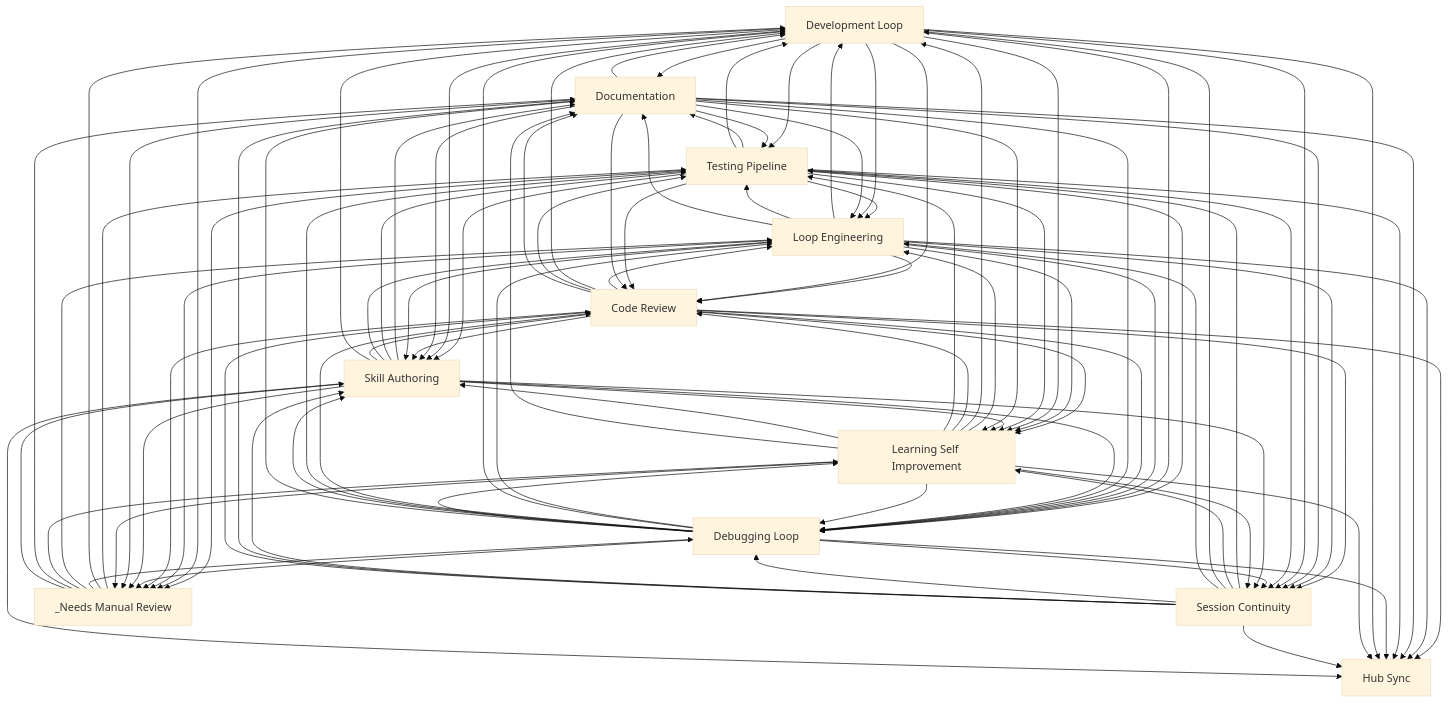
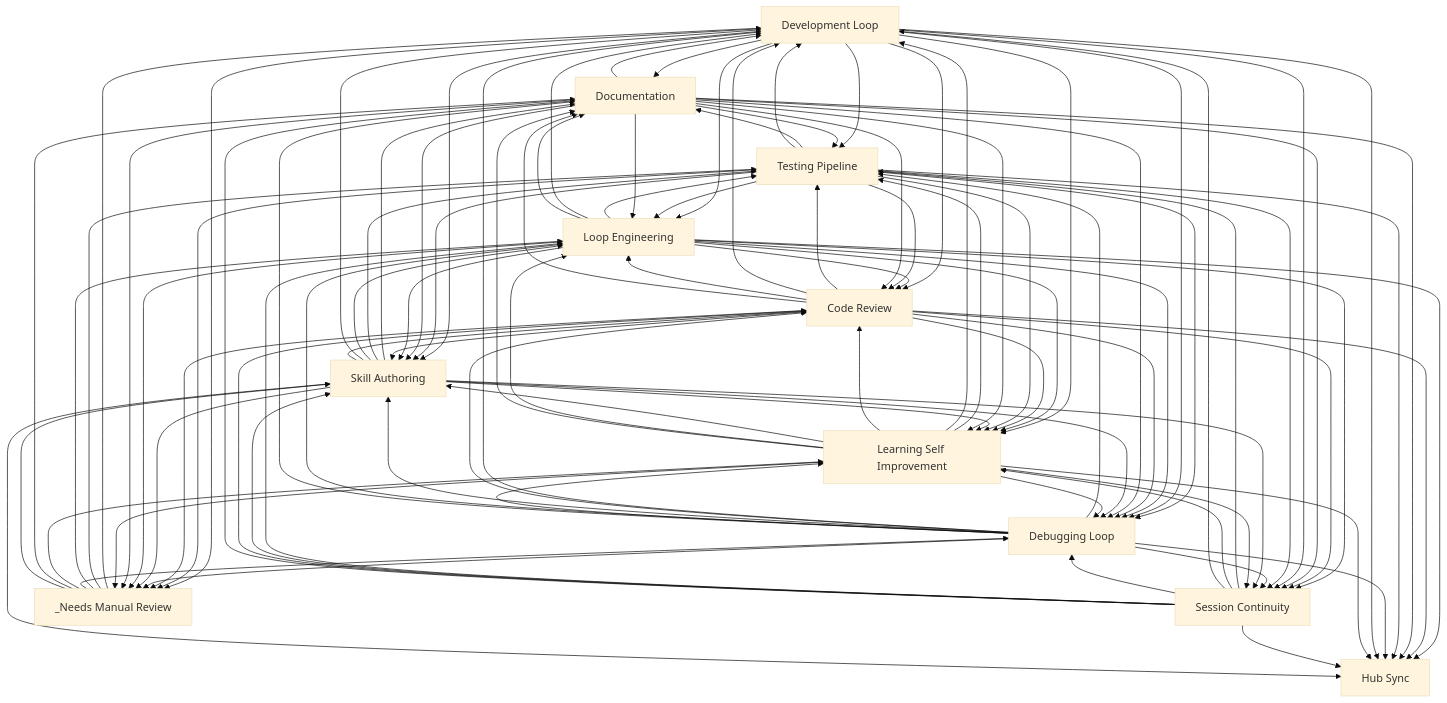
Before and after one commit to abhayla/claude-best-practices: the diagram in docs/workflows/INDEX.md, drawn with Mermaid (base theme). The commit also changed other lines of this file and 24 other files, not shown here.

````diff
--- a/docs/workflows/INDEX.md
+++ b/docs/workflows/INDEX.md
@@ -33,100 +33,100 @@
     documentation[Documentation]
     hub_sync[Hub Sync]
     _needs_manual_review[_Needs Manual Review]
+    development_loop --> documentation
     testing_pipeline --> documentation
-    development_loop --> documentation
     skill_authoring --> documentation
-    testing_pipeline --> loop_engineering
-    testing_pipeline --> skill_authoring
     development_loop --> testing_pipeline
     development_loop --> loop_engineering
     development_loop --> skill_authoring
+    testing_pipeline --> loop_engineering
+    testing_pipeline --> skill_authoring
     documentation --> testing_pipeline
     documentation --> loop_engineering
     documentation --> skill_authoring
     skill_authoring --> testing_pipeline
     skill_authoring --> loop_engineering
-    code_review --> loop_engineering
-    code_review --> development_loop
-    code_review --> testing_pipeline
-    code_review --> skill_authoring
+    development_loop --> code_review
+    loop_engineering --> testing_pipeline
     loop_engineering --> development_loop
     loop_engineering --> code_review
-    loop_engineering --> testing_pipeline
     loop_engineering --> skill_authoring
-    development_loop --> code_review
+    code_review --> testing_pipeline
+    code_review --> development_loop
+    code_review --> skill_authoring
+    code_review --> loop_engineering
+    development_loop --> learning_self_improvement
+    loop_engineering --> learning_self_improvement
     code_review --> learning_self_improvement
-    loop_engineering --> learning_self_improvement
-    development_loop --> learning_self_improvement
     testing_pipeline --> development_loop
+    _needs_manual_review --> development_loop
     _needs_manual_review --> testing_pipeline
-    _needs_manual_review --> development_loop
     testing_pipeline --> debugging_loop
+    _needs_manual_review --> loop_engineering
     _needs_manual_review --> debugging_loop
-    _needs_manual_review --> loop_engineering
     testing_pipeline --> code_review
-    debugging_loop --> loop_engineering
+    debugging_loop --> testing_pipeline
     debugging_loop --> development_loop
     debugging_loop --> code_review
-    debugging_loop --> testing_pipeline
     debugging_loop --> skill_authoring
+    debugging_loop --> loop_engineering
     development_loop --> debugging_loop
     documentation --> development_loop
     loop_engineering --> debugging_loop
     loop_engineering --> documentation
+    skill_authoring --> development_loop
     skill_authoring --> code_review
-    skill_authoring --> development_loop
     testing_pipeline --> learning_self_improvement
     skill_authoring --> learning_self_improvement
+    development_loop --> _needs_manual_review
     testing_pipeline --> _needs_manual_review
-    development_loop --> _needs_manual_review
     code_review --> debugging_loop
     documentation --> code_review
     documentation --> debugging_loop
+    loop_engineering --> hub_sync
+    loop_engineering --> session_continuity
+    code_review --> hub_sync
     code_review --> documentation
     code_review --> session_continuity
-    code_review --> hub_sync
-    loop_engineering --> session_continuity
-    loop_engineering --> hub_sync
-    documentation --> session_continuity
     documentation --> hub_sync
     documentation --> learning_self_improvement
+    documentation --> session_continuity
     development_loop --> session_continuity
     session_continuity --> testing_pipeline
     session_continuity --> learning_self_improvement
     _needs_manual_review --> learning_self_improvement
     testing_pipeline --> session_continuity
+    debugging_loop --> learning_self_improvement
     debugging_loop --> session_continuity
-    debugging_loop --> learning_self_improvement
     testing_pipeline --> hub_sync
+    debugging_loop --> hub_sync
     debugging_loop --> documentation
-    debugging_loop --> hub_sync
     development_loop --> hub_sync
+    session_continuity --> development_loop
     skill_authoring --> session_continuity
-    session_continuity --> development_loop
+    session_continuity --> debugging_loop
+    session_continuity --> loop_engineering
     skill_authoring --> debugging_loop
-    session_continuity --> loop_engineering
-    session_continuity --> debugging_loop
-    learning_self_improvement --> loop_engineering
+    learning_self_improvement --> testing_pipeline
     learning_self_improvement --> development_loop
     learning_self_improvement --> code_review
     learning_self_improvement --> debugging_loop
-    learning_self_improvement --> testing_pipeline
     learning_self_improvement --> skill_authoring
-    loop_engineering --> _needs_manual_review
+    learning_self_improvement --> loop_engineering
     code_review --> _needs_manual_review
     debugging_loop --> _needs_manual_review
     skill_authoring --> _needs_manual_review
+    loop_engineering --> _needs_manual_review
     _needs_manual_review --> documentation
     _needs_manual_review --> skill_authoring
     learning_self_improvement --> session_continuity
     documentation --> _needs_manual_review
     session_continuity --> skill_authoring
+    learning_self_improvement --> hub_sync
     learning_self_improvement --> documentation
-    learning_self_improvement --> hub_sync
+    session_continuity --> hub_sync
+    session_continuity --> code_review
     session_continuity --> documentation
-    session_continuity --> code_review
-    session_continuity --> hub_sync
     skill_authoring --> hub_sync
     learning_self_improvement --> _needs_manual_review
 ```
````
